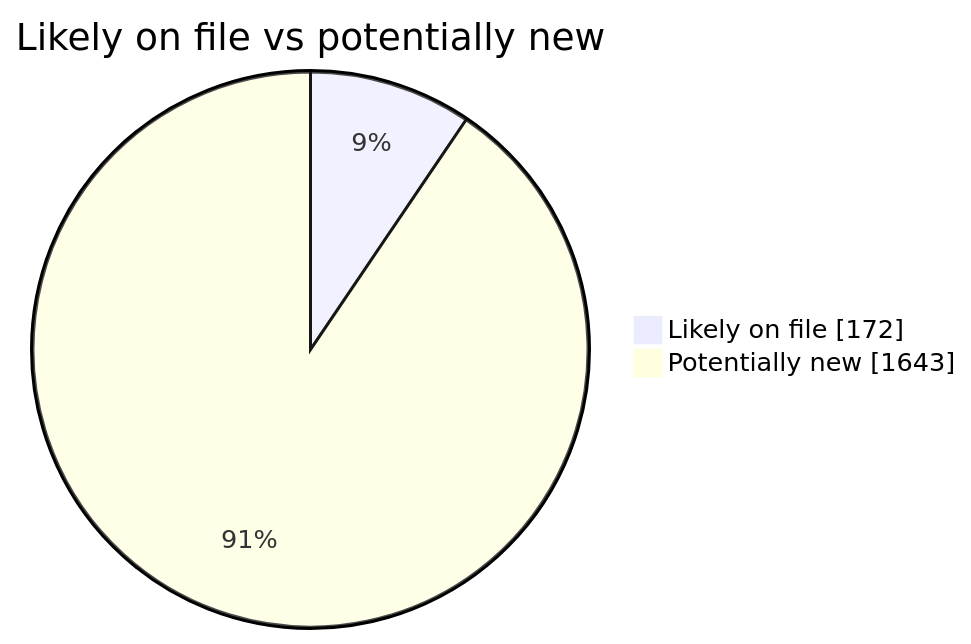
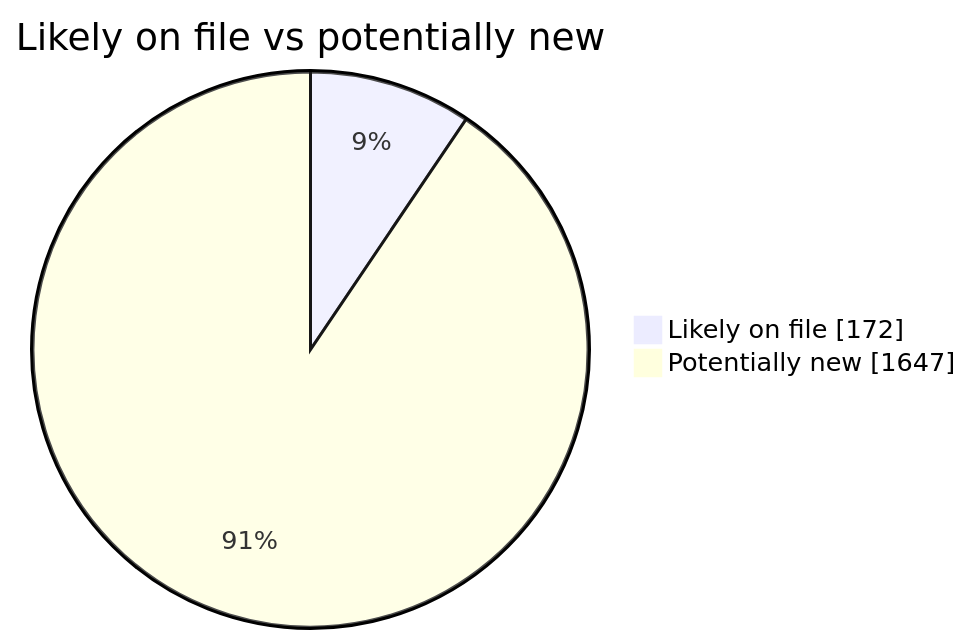
Before and after one commit to martinbalfanz/social-scanner-reports: the second of 4 diagrams in README.md, drawn with Mermaid. The commit also changed other lines of this file and 4 other files, not shown here.

````diff
--- a/README.md
+++ b/README.md
@@ -40,5 +40,5 @@
 ```mermaid
 pie showData title Likely on file vs potentially new
     "Likely on file" : 172
-    "Potentially new" : 1643
+    "Potentially new" : 1647
 ```
````
